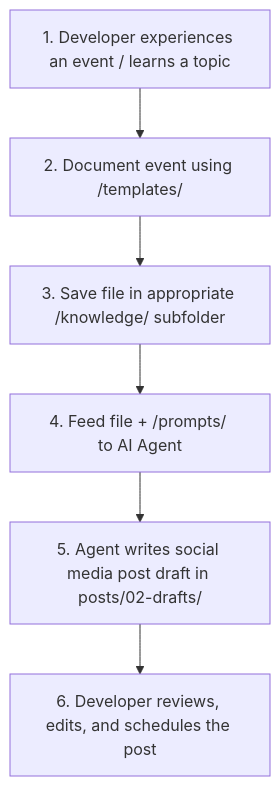
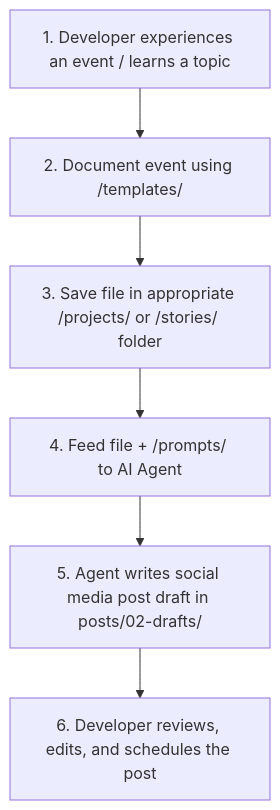
The diagram in WORKFLOW.md (abdulrahmanhussin1/linkedin-content-os), drawn with Mermaid before and after one commit. The commit also changed other lines of this file and 31 other files, not shown here.

````diff
--- a/WORKFLOW.md
+++ b/WORKFLOW.md
@@ -9,8 +9,8 @@
 ```mermaid
 graph TD
     A[1. Developer experiences an event / learns a topic] --> B[2. Document event using /templates/]
-    B --> C[3. Save file in appropriate /knowledge/ subfolder]
+    B --> C[3. Save file in appropriate /projects/ or /stories/ folder]
     C --> D[4. Feed file + /prompts/ to AI Agent]
     D --> E[5. Agent writes social media post draft in posts/02-drafts/]
     E --> F[6. Developer reviews, edits, and schedules the post]
 ```
````
